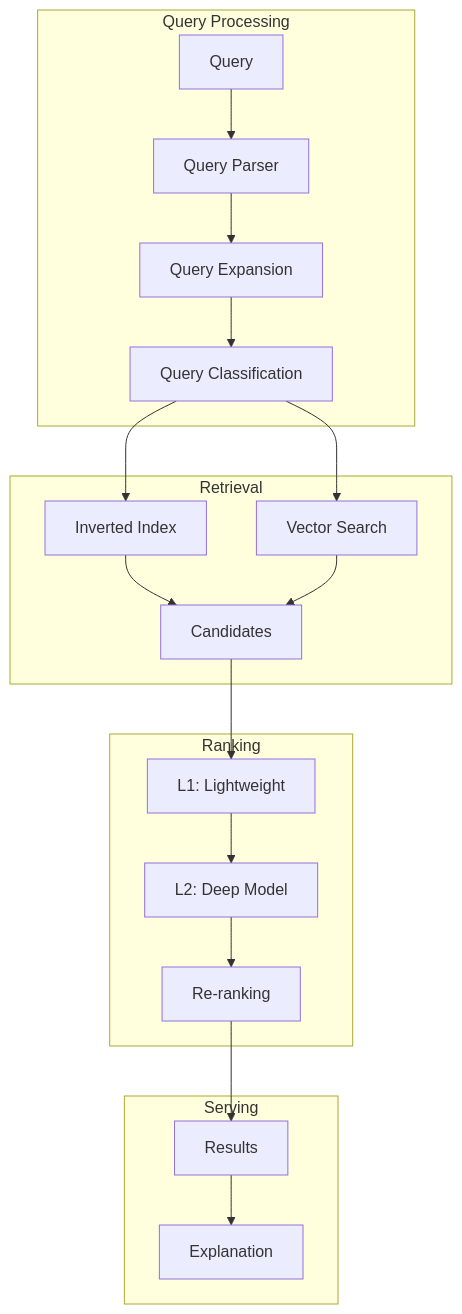
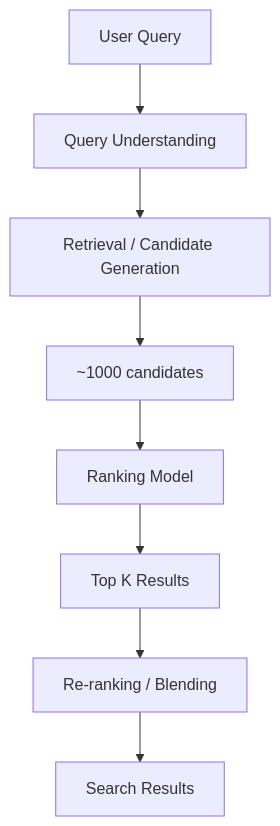
One commit to vanos001/placement_prep changed the diagram in src/ml/system-design/search-ranking.md. Above: the diagram before and after it, drawn with Mermaid. The commit also changed other lines of this file and 13 other files, not shown here.

````diff
--- a/src/ml/system-design/search-ranking.md
+++ b/src/ml/system-design/search-ranking.md
@@ -9,26 +9,10 @@
 ```mermaid
-graph TB
-    subgraph "Query Processing"
-        Q[Query] --> QP[Query Parser]
-        QP --> QE[Query Expansion]
-        QE --> QC[Query Classification]
-    end
-    
-    subgraph "Retrieval"
-        QC --> I[Inverted Index]
-        QC --> V[Vector Search]
-        I --> C[Candidates]
-        V --> C
-    end
-    
-    subgraph "Ranking"
-        C --> L1[L1: Lightweight]
-        L1 --> L2[L2: Deep Model]
-        L2 --> R[Re-ranking]
-    end
-    
-    subgraph "Serving"
-        R --> S[Results]
-        S --> E[Explanation]
-    end
+graph TD
+    A[User Query] --> B[Query Understanding]
+    B --> C[Retrieval / Candidate Generation]
+    C --> D[~1000 candidates]
+    D --> E[Ranking Model]
+    E --> F[Top K Results]
+    F --> G[Re-ranking / Blending]
+    G --> H[Search Results]
 ```
````
